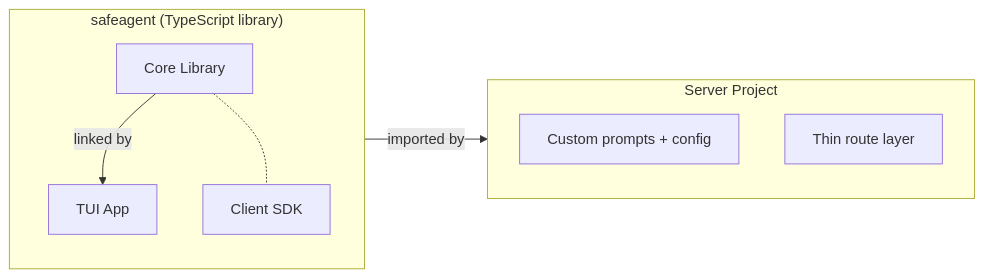
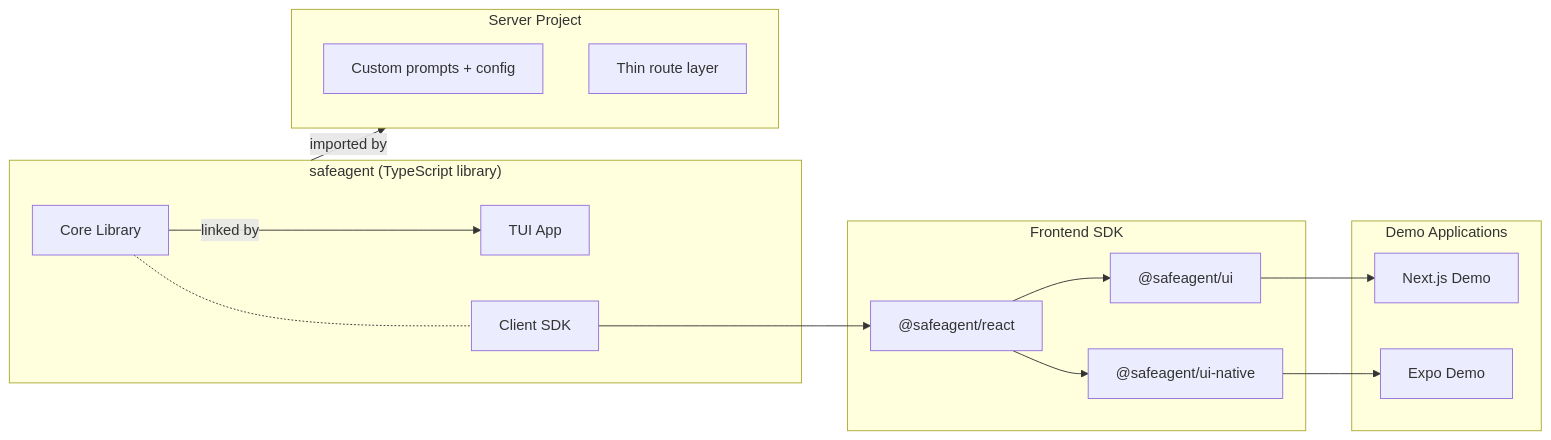
Before and after one commit to 1qh/safeagent: the third of 3 diagrams in plan/overview.md, drawn with Mermaid. The commit also changed other lines of this file, not shown here.

Commit message:
plan: add frontend SDK to system overview — architecture diagram, ToC, deliverables, decisions

````diff
--- a/plan/overview.md
+++ b/plan/overview.md
@@ -191,17 +211,32 @@
 ```mermaid
 graph LR
     subgraph SAFEAGENT_PACKAGE["safeagent (TypeScript library)"]
         CORE["Core Library"]
         TUI_PKG["TUI App"]
         CLIENT["Client SDK"]
+    end
+
+    subgraph FRONTEND_PACKAGES["Frontend SDK"]
+        REACT_HOOKS_PKG["@safeagent/react"]
+        WEB_UI_PKG["@safeagent/ui"]
+        NATIVE_UI_PKG["@safeagent/ui-native"]
+    end
+
+    subgraph DEMO_PACKAGES["Demo Applications"]
+        WEB_DEMO_PKG["Next.js Demo"]
+        MOBILE_DEMO_PKG["Expo Demo"]
     end
 
     subgraph SERVER_PACKAGE["Server Project"]
         SRV_CFG["Custom prompts + config"]
         SRV_ROUTES["Thin route layer"]
     end
 
     SAFEAGENT_PACKAGE -->|imported by| SERVER_PACKAGE
     CORE -->|linked by| TUI_PKG
     CORE -.- CLIENT
+    CLIENT --> REACT_HOOKS_PKG
+    REACT_HOOKS_PKG --> WEB_UI_PKG & NATIVE_UI_PKG
+    WEB_UI_PKG --> WEB_DEMO_PKG
+    NATIVE_UI_PKG --> MOBILE_DEMO_PKG
 ```
````
